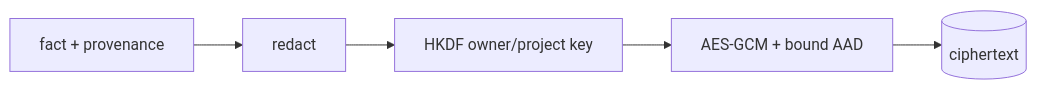
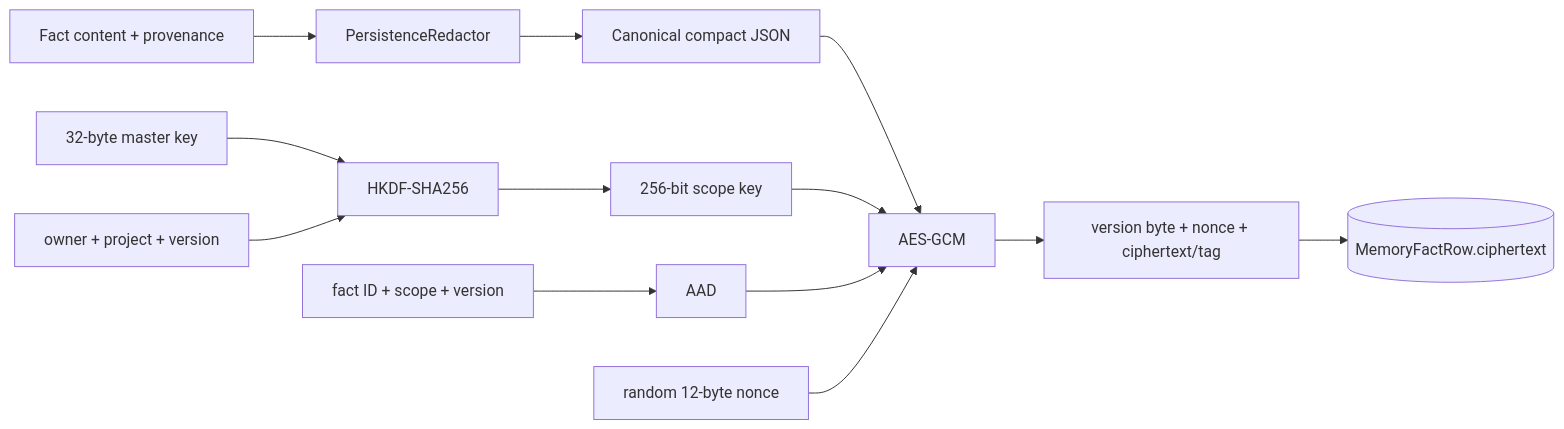
Before and after one commit to levalencia/archon: the first of 3 diagrams in docs/course/concepts/encrypted-memory.md, drawn with Mermaid. The commit also changed other lines of this file and 5 other files, not shown here.

````diff
--- a/docs/course/concepts/encrypted-memory.md
+++ b/docs/course/concepts/encrypted-memory.md
@@ -11,7 +30,15 @@
 ```mermaid
 flowchart LR
-  F[fact + provenance] --> R[redact]
-  R --> K[HKDF owner/project key]
-  K --> A[AES-GCM + bound AAD]
-  A --> DB[(ciphertext)]
+  F[Fact content + provenance] --> R[PersistenceRedactor]
+  R --> J[Canonical compact JSON]
+  MK[32-byte master key] --> H[HKDF-SHA256]
+  S[owner + project + version] --> H
+  H --> K[256-bit scope key]
+  ID[fact ID + scope + version] --> A[AAD]
+  J --> G[AES-GCM]
+  K --> G
+  A --> G
+  N[random 12-byte nonce] --> G
+  G --> E[version byte + nonce + ciphertext/tag]
+  E --> DB[(MemoryFactRow.ciphertext)]
 ```
````
